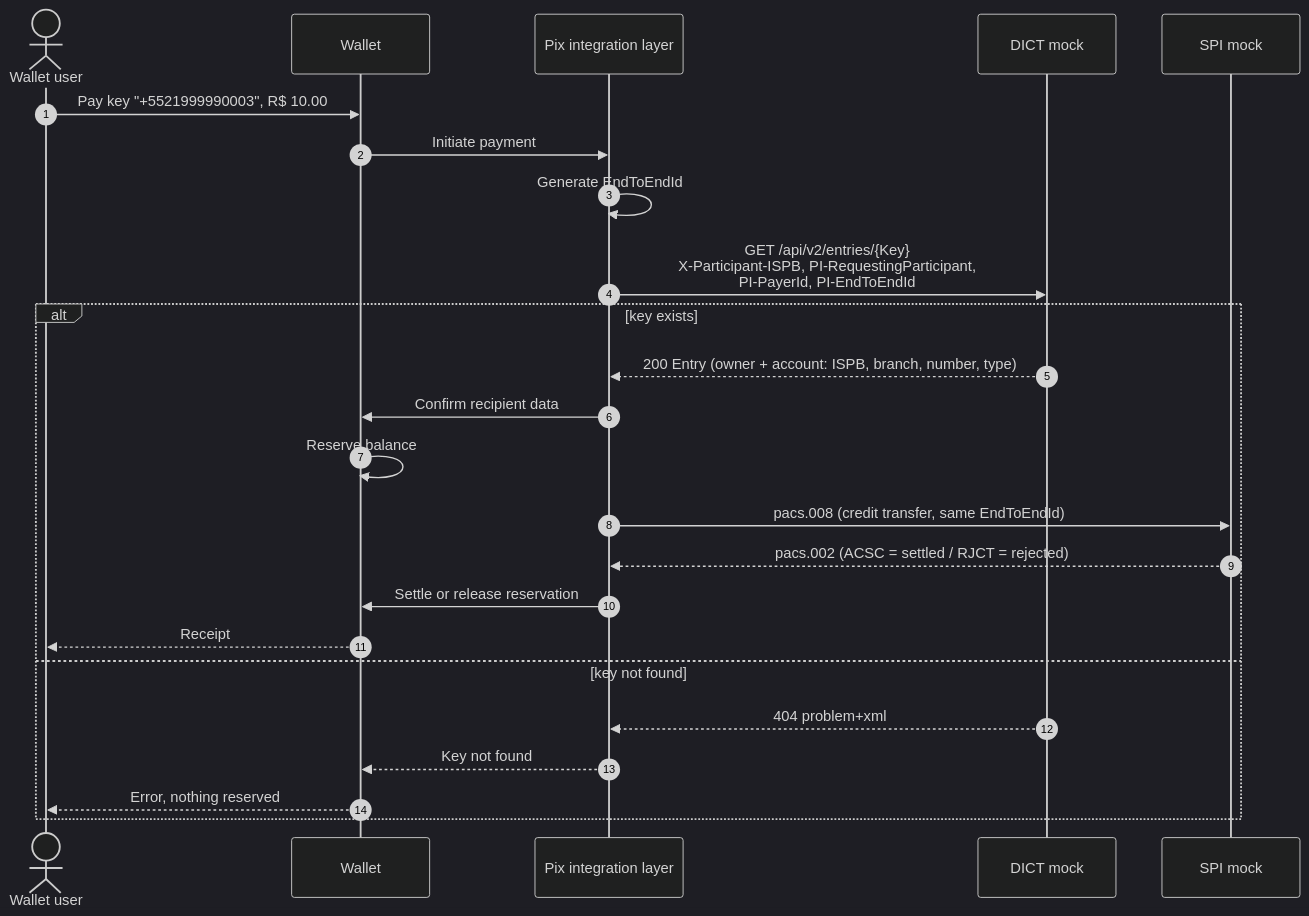
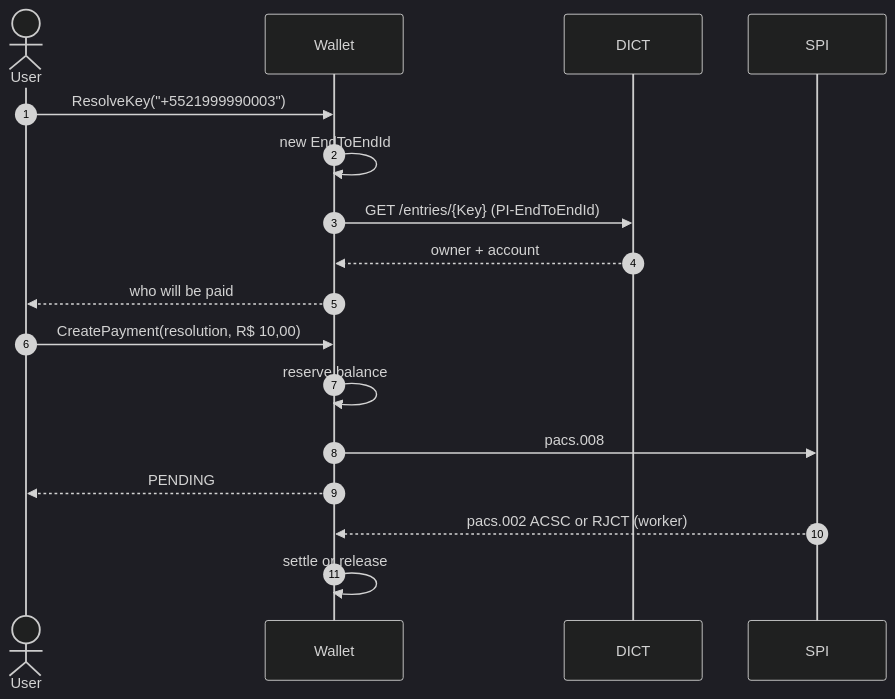
One commit to piovani/pix_fake changed the second of 4 diagrams in docs/architecture.md. Above: the diagram before and after it, drawn with Mermaid (dark theme). The commit also changed other lines of this file and 2 other files, not shown here.

Commit message:
docs: bring the root README and the architecture up to date, trim the guide

````diff
--- a/docs/architecture.md
+++ b/docs/architecture.md
@@ -52,27 +38,20 @@
 ```mermaid
 sequenceDiagram
     autonumber
-    actor U as Wallet user
+    actor U as User
     participant W as Wallet
-    participant P as Pix integration layer
-    participant D as DICT mock
-    participant S as SPI mock
+    participant D as DICT
+    participant S as SPI
 
-    U->>W: Pay key "+5521999990003", R$ 10.00
-    W->>P: Initiate payment
-    P->>P: Generate EndToEndId
-    P->>D: GET /api/v2/entries/{Key}<br/>X-Participant-ISPB, PI-RequestingParticipant,<br/>PI-PayerId, PI-EndToEndId
-    alt key exists
-        D-->>P: 200 Entry (owner + account: ISPB, branch, number, type)
-        P->>W: Confirm recipient data
-        W->>W: Reserve balance
-        P->>S: pacs.008 (credit transfer, same EndToEndId)
-        S-->>P: pacs.002 (ACSC = settled / RJCT = rejected)
-        P->>W: Settle or release reservation
-        W-->>U: Receipt
-    else key not found
-        D-->>P: 404 problem+xml
-        P-->>W: Key not found
-        W-->>U: Error, nothing reserved
-    end
+    U->>W: ResolveKey("+5521999990003")
+    W->>W: new EndToEndId
+    W->>D: GET /entries/{Key} (PI-EndToEndId)
+    D-->>W: owner + account
+    W-->>U: who will be paid
+    U->>W: CreatePayment(resolution, R$ 10,00)
+    W->>W: reserve balance
+    W->>S: pacs.008
+    W-->>U: PENDING
+    S-->>W: pacs.002 ACSC or RJCT (worker)
+    W->>W: settle or release
 ```
````
